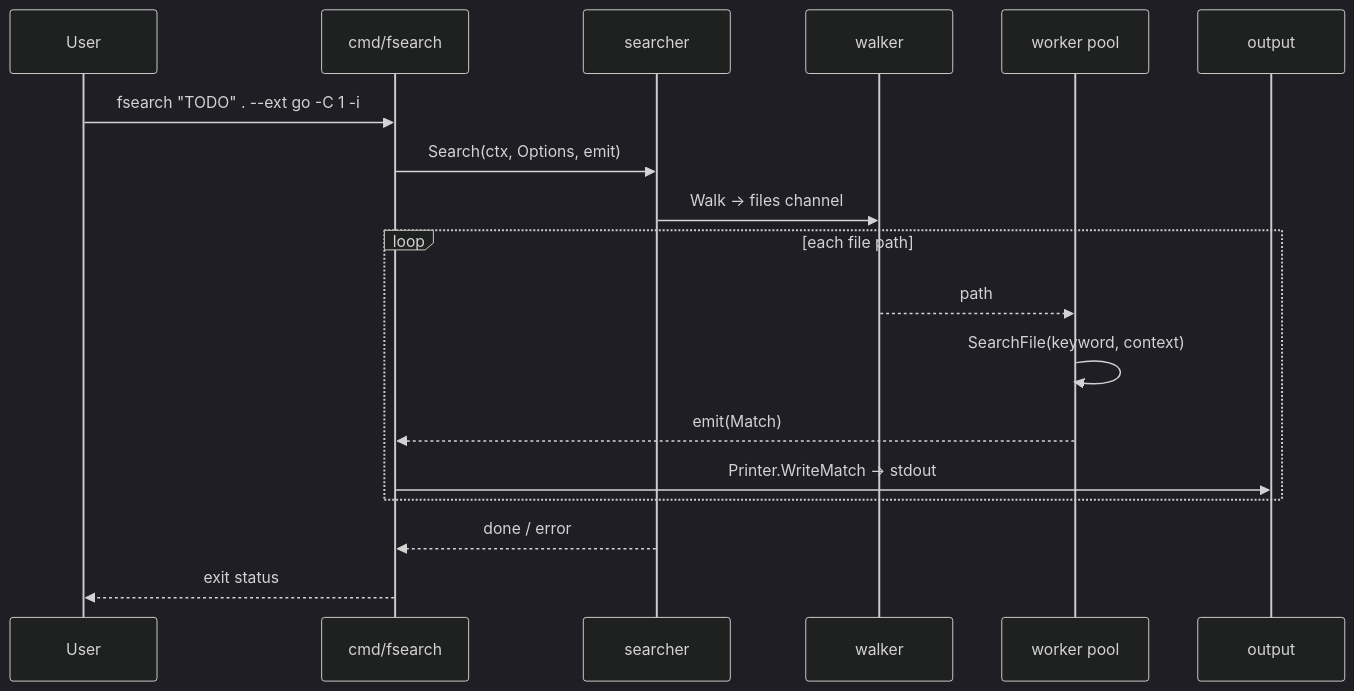
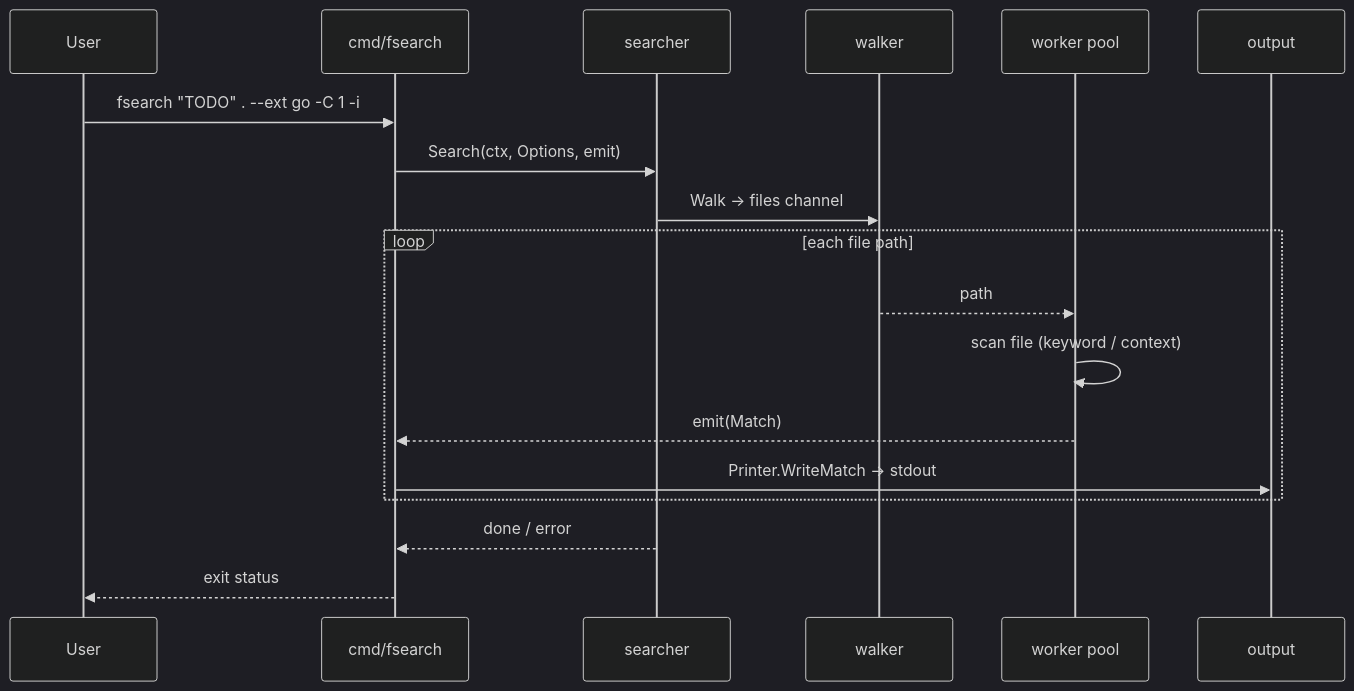
One commit to rikiisworking/fsearch changed the second of 3 diagrams in README.md. Above: the diagram before and after it, drawn with Mermaid (dark theme). The commit also changed other lines of this file and 3 other files, not shown here.

````diff
--- a/README.md
+++ b/README.md
@@ -331,21 +331,21 @@
 ```mermaid
 sequenceDiagram
   participant User
   participant CLI as cmd/fsearch
   participant Searcher as searcher
   participant Walker as walker
   participant Workers as worker pool
   participant Out as output
 
   User->>CLI: fsearch "TODO" . --ext go -C 1 -i
   CLI->>Searcher: Search(ctx, Options, emit)
   Searcher->>Walker: Walk → files channel
   loop each file path
     Walker-->>Workers: path
-    Workers->>Workers: SearchFile(keyword, context)
+    Workers->>Workers: scan file (keyword / context)
     Workers-->>CLI: emit(Match)
     CLI->>Out: Printer.WriteMatch → stdout
   end
   Searcher-->>CLI: done / error
   CLI-->>User: exit status
 ```
````
